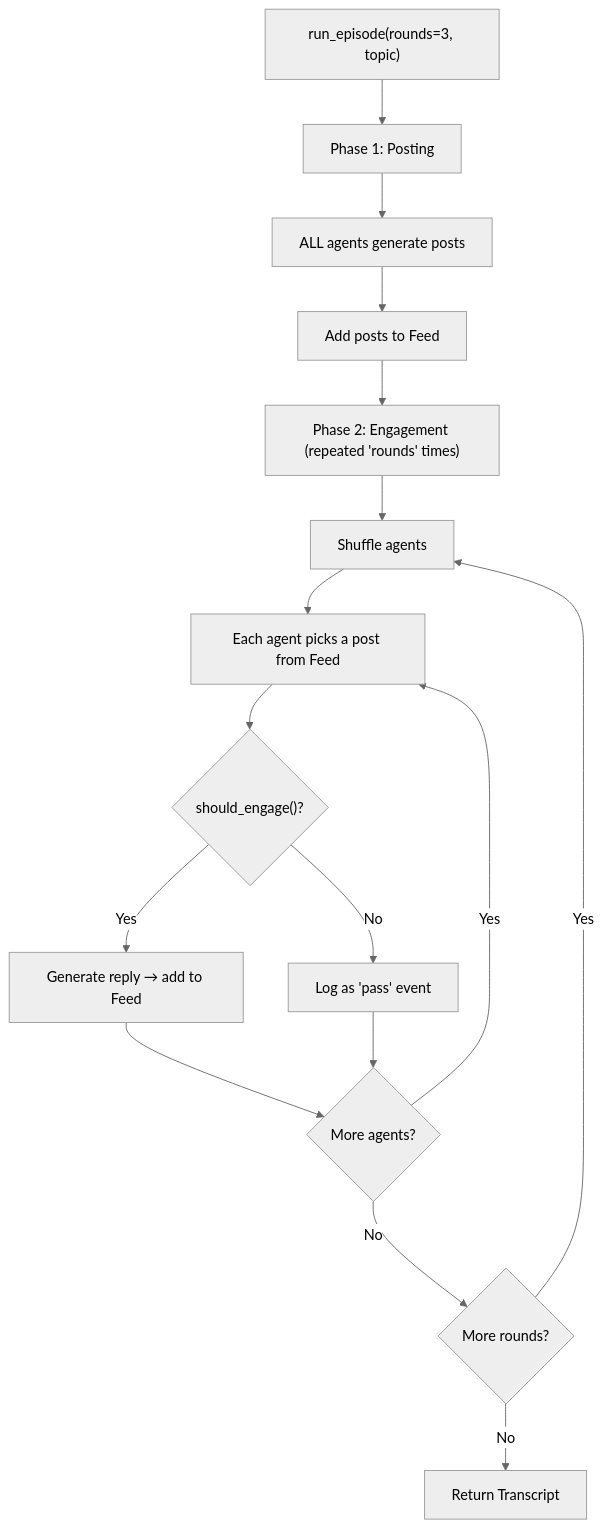
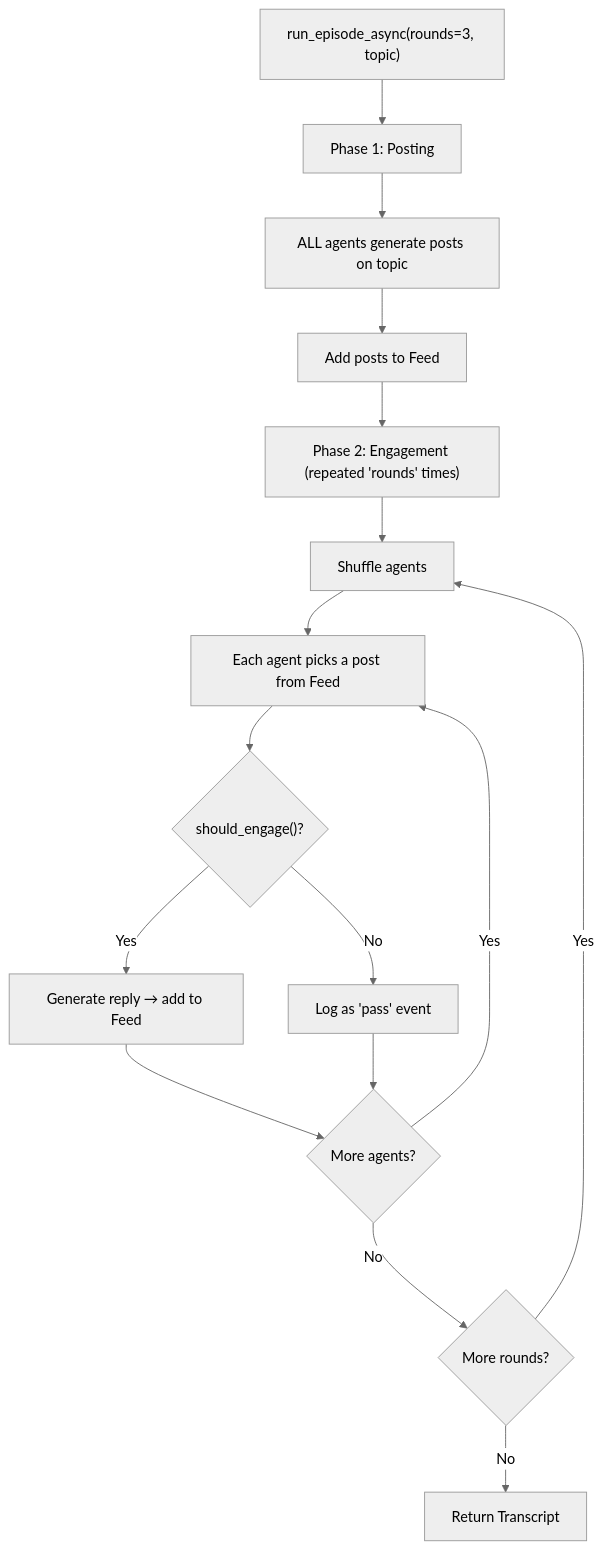
The third of 3 diagrams in simulation/README.md (Keyhole-Koro/snackPersona), drawn with Mermaid (neutral theme) before and after one commit. The commit also changed other lines of this file and 23 other files, not shown here.

````diff
--- a/simulation/README.md
+++ b/simulation/README.md
@@ -75,18 +80,18 @@
 ```mermaid
 graph TD
-    A["run_episode(rounds=3, topic)"] --> B["Phase 1: Posting"]
-    B --> B1["ALL agents generate posts"]
+    A["run_episode_async(rounds=3, topic)"] --> B["Phase 1: Posting"]
+    B --> B1["ALL agents generate posts on topic"]
     B1 --> B2["Add posts to Feed"]
     B2 --> C["Phase 2: Engagement (repeated 'rounds' times)"]
     C --> C1["Shuffle agents"]
     C1 --> C2["Each agent picks a post from Feed"]
     C2 --> C3{"should_engage()?"}
     C3 -- Yes --> C4["Generate reply → add to Feed"]
     C3 -- No --> C5["Log as 'pass' event"]
     C4 --> C6{More agents?}
     C5 --> C6
     C6 -- Yes --> C2
     C6 -- No --> C7{More rounds?}
     C7 -- Yes --> C1
     C7 -- No --> D["Return Transcript"]
 ```
````
